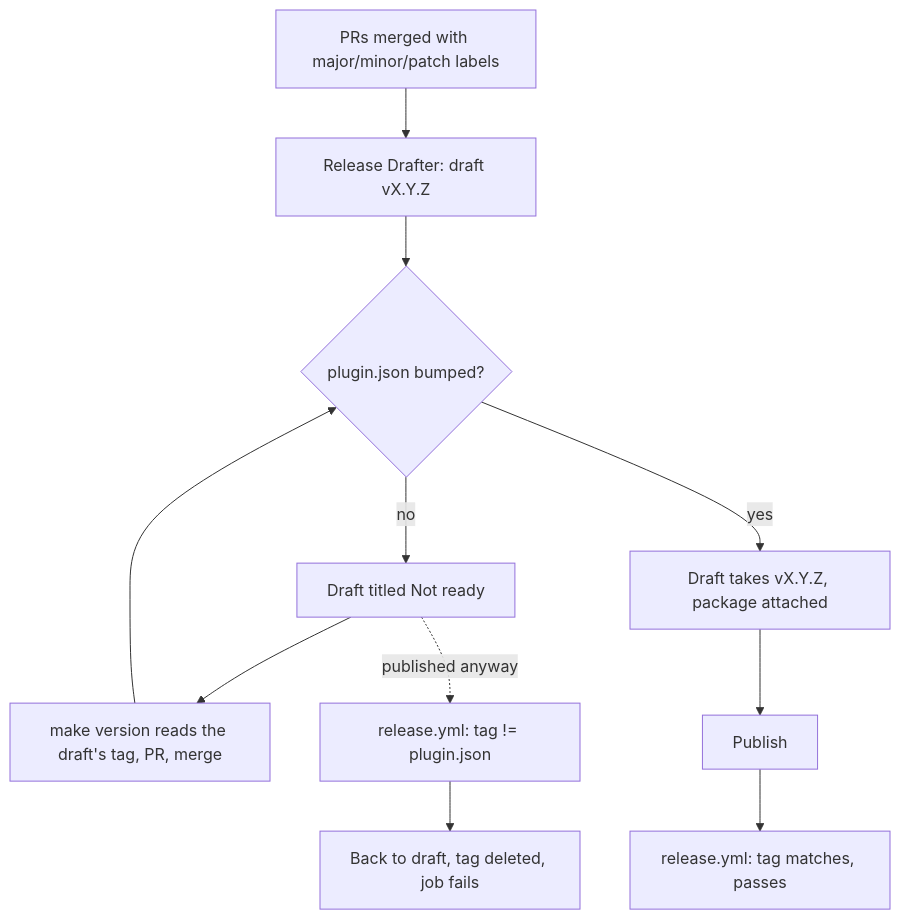
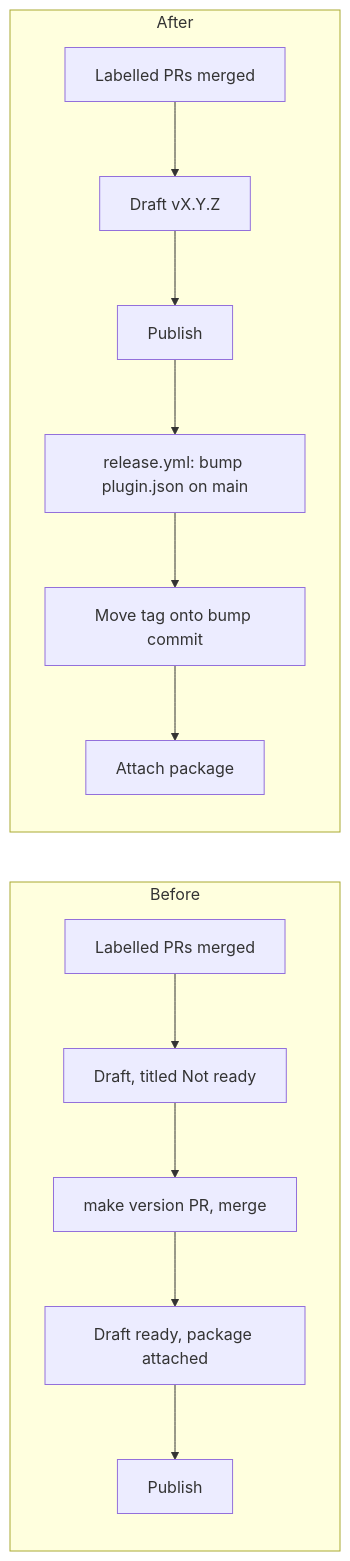
The diagram in docs/changes/2026-11-24-release-guard.md (farridav/claude-code-pull-requests), drawn with Mermaid before and after one commit. The commit also changed other lines of this file and 5 other files, not shown here.

First line of the commit message:
Bump plugin.json from the release workflow on publish

````diff
--- a/docs/changes/2026-11-24-release-guard.md
+++ b/docs/changes/2026-11-24-release-guard.md
@@ -5,13 +5,16 @@
 ```mermaid
-flowchart TD
-  A[PRs merged with major/minor/patch labels] --> B[Release Drafter: draft vX.Y.Z]
-  B --> C{plugin.json bumped?}
-  C -- no --> D[Draft titled Not ready]
-  D --> E[make version reads the draft's tag, PR, merge]
-  E --> C
-  C -- yes --> F[Draft takes vX.Y.Z, package attached]
-  F --> G[Publish]
-  D -. published anyway .-> H[release.yml: tag != plugin.json]
-  H --> I[Back to draft, tag deleted, job fails]
-  G --> J[release.yml: tag matches, passes]
+flowchart LR
+  subgraph Before
+    A1[Labelled PRs merged] --> B1[Draft, titled Not ready]
+    B1 --> C1[make version PR, merge]
+    C1 --> D1[Draft ready, package attached]
+    D1 --> E1[Publish]
+  end
+  subgraph After
+    A2[Labelled PRs merged] --> B2[Draft vX.Y.Z]
+    B2 --> E2[Publish]
+    E2 --> F2[release.yml: bump plugin.json on main]
+    F2 --> G2[Move tag onto bump commit]
+    G2 --> H2[Attach package]
+  end
 ```
````
